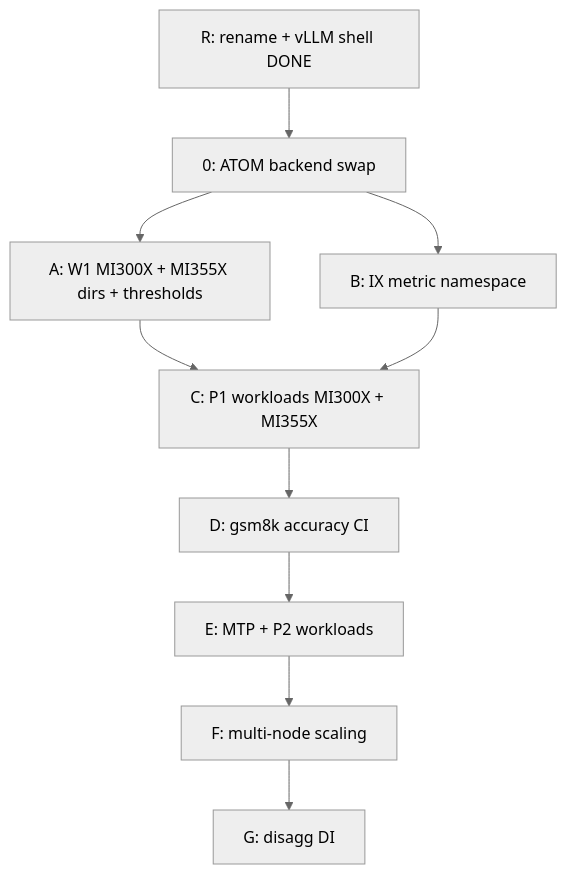
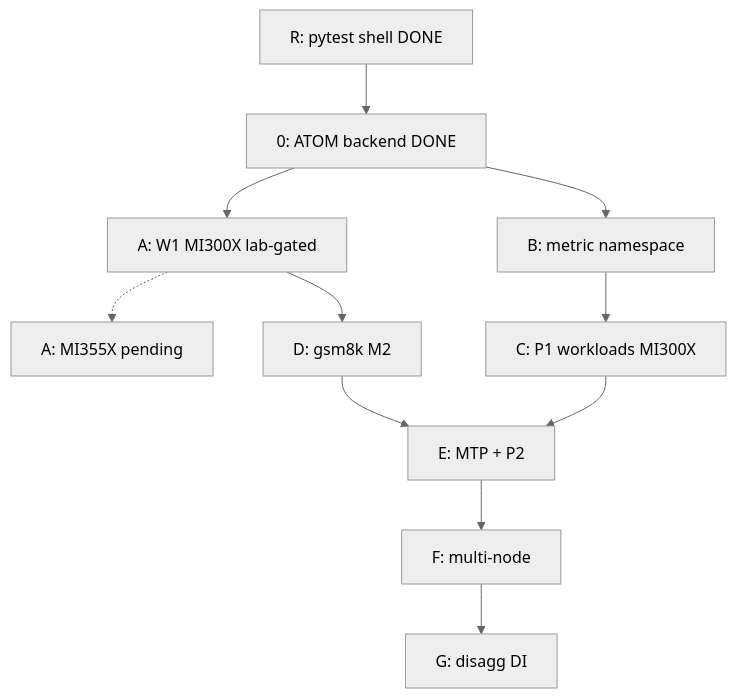
One commit to ROCm/cvs changed the fifth of 7 diagrams in plans/inferencex-atom-cvs-automation-plan.md. Above: the diagram before and after it, drawn with Mermaid (neutral theme). The commit also changed other lines of this file and 1 other file, not shown here.

First line of the commit message:
docs(plan): refresh IX-atom plan with accuracy, metrics, and CVS backlog.

````diff
--- a/plans/inferencex-atom-cvs-automation-plan.md
+++ b/plans/inferencex-atom-cvs-automation-plan.md
@@ -377,17 +591,20 @@
 ```mermaid
 flowchart TB
-  PR["R: rename + vLLM shell DONE"]
-  P0["0: ATOM backend swap"]
-  PA["A: W1 MI300X + MI355X dirs + thresholds"]
-  PB["B: IX metric namespace"]
-  PC["C: P1 workloads MI300X + MI355X"]
-  PD["D: gsm8k accuracy CI"]
-  PE["E: MTP + P2 workloads"]
-  PF["F: multi-node scaling"]
+  PR["R: pytest shell DONE"]
+  P0["0: ATOM backend DONE"]
+  PA["A: W1 MI300X lab-gated"]
+  PAP["A: MI355X pending"]
+  PB["B: metric namespace"]
+  PC["C: P1 workloads MI300X"]
+  PD["D: gsm8k M2"]
+  PE["E: MTP + P2"]
+  PF["F: multi-node"]
   PG["G: disagg DI"]
   PR --> P0 --> PA
+  PA -.-> PAP
   P0 --> PB
-  PA --> PC --> PD
+  PA --> PD
   PB --> PC
   PD --> PE --> PF --> PG
+  PC --> PE
 ```
````
